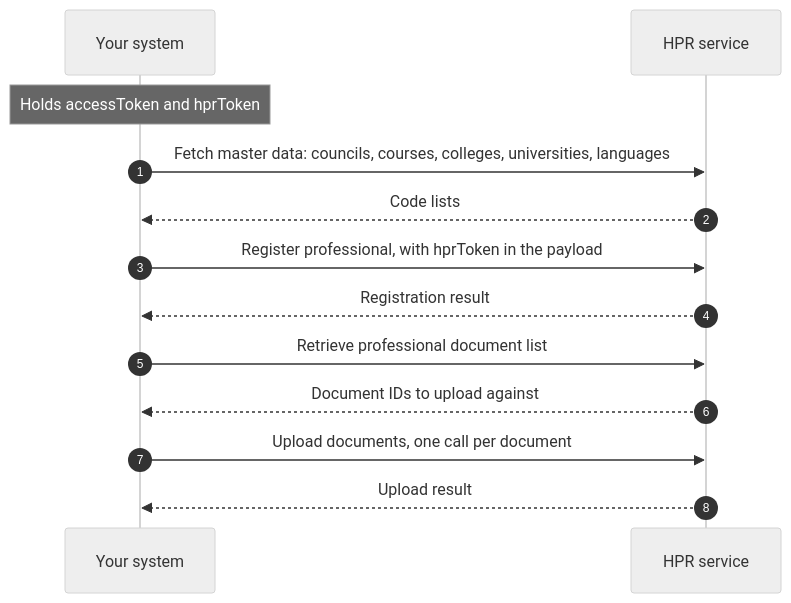
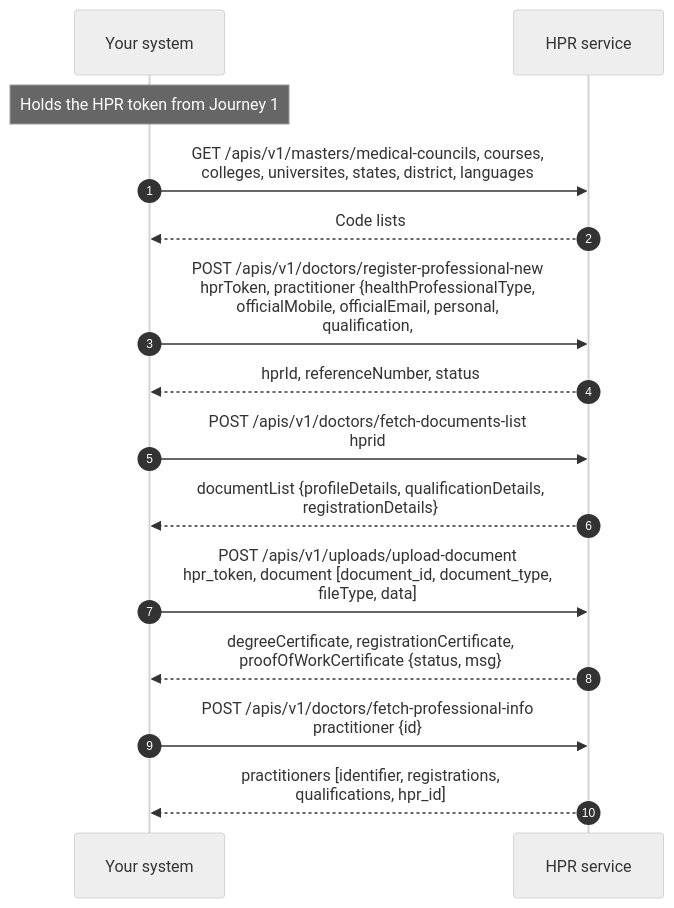
One commit to nha-in/docs changed the third of 6 diagrams in site/docs/hiecm/v3/milestones/m4.mdx. Above: the diagram before and after it, drawn with Mermaid (neutral theme). The commit also changed other lines of this file and 4 other files, not shown here.

````diff
--- a/site/docs/hiecm/v3/milestones/m4.mdx
+++ b/site/docs/hiecm/v3/milestones/m4.mdx
@@ -230,16 +239,17 @@
 ```mermaid
 sequenceDiagram
     autonumber
     participant S as Your system
     participant H as HPR service
-
-    Note over S: Holds accessToken and hprToken
-    S->>H: Fetch master data: councils, courses, colleges, universities, languages
+    Note over S: Holds the HPR token from Journey 1
+    S->>H: GET /apis/v1/masters/medical-councils, courses,<br/>colleges, universites, states, district, languages
     H-->>S: Code lists
-    S->>H: Register professional, with hprToken in the payload
-    H-->>S: Registration result
-    S->>H: Retrieve professional document list
-    H-->>S: Document IDs to upload against
-    S->>H: Upload documents, one call per document
-    H-->>S: Upload result
+    S->>H: POST /apis/v1/doctors/register-professional-new<br/>hprToken, practitioner {healthProfessionalType,<br/>officialMobile, officialEmail, personal,<br/>qualification,
+    H-->>S: hprId, referenceNumber, status
+    S->>H: POST /apis/v1/doctors/fetch-documents-list<br/>hprid
+    H-->>S: documentList {profileDetails, qualificationDetails,<br/>registrationDetails}
+    S->>H: POST /apis/v1/uploads/upload-document<br/>hpr_token, document [document_id, document_type,<br/>fileType, data]
+    H-->>S: degreeCertificate, registrationCertificate,<br/>proofOfWorkCertificate {status, msg}
+    S->>H: POST /apis/v1/doctors/fetch-professional-info<br/>practitioner {id}
+    H-->>S: practitioners [identifier, registrations,<br/>qualifications, hpr_id]
 ```
````
